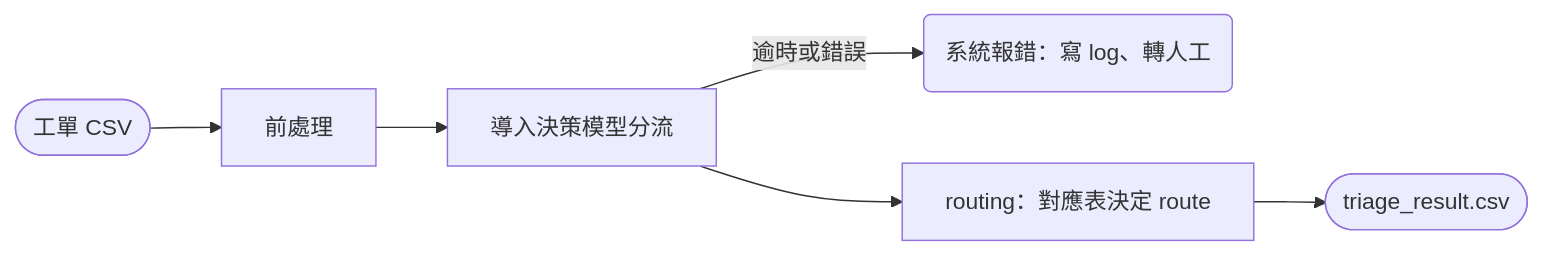
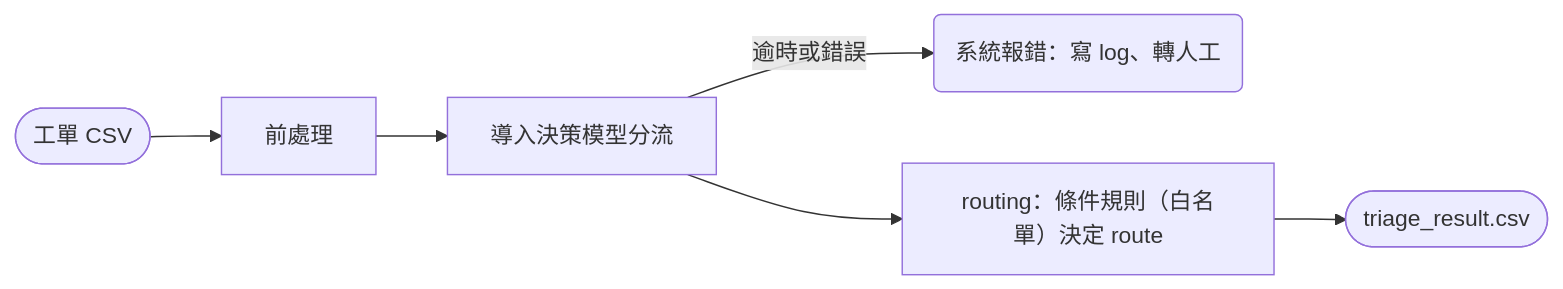
The diagram in poc/README.md (tarohuang1999-droid/ai-customer-service-assessment), drawn with Mermaid before and after one commit. The commit also changed other lines of this file and 8 other files, not shown here.

````diff
--- a/poc/README.md
+++ b/poc/README.md
@@ -57,8 +59,8 @@
 ```mermaid
 flowchart LR
     In([工單 CSV]) --> Pre[前處理]
     Pre --> M[導入決策模型分流]
     M -->|逾時或錯誤| Fail(系統報錯：寫 log、轉人工)
-    M --> Map[routing：對應表決定 route]
+    M --> Map[routing：條件規則（白名單）決定 route]
     Map --> Out([triage_result.csv])
 ```
````
